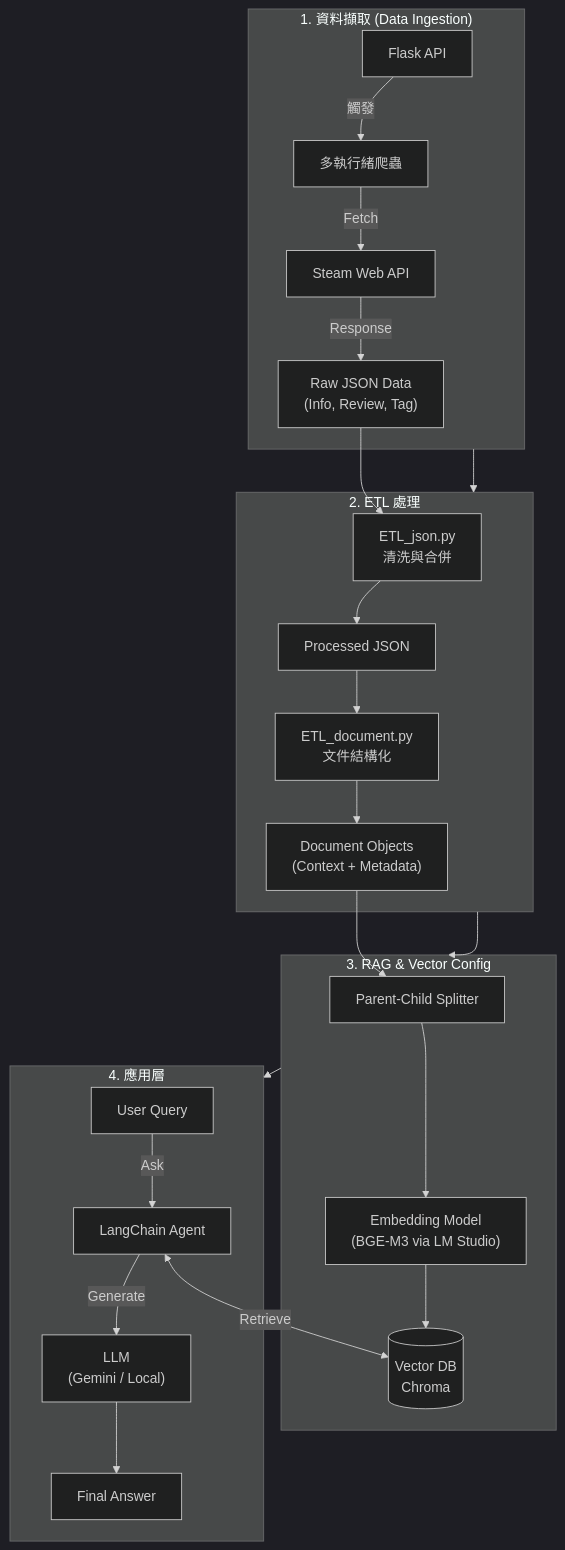
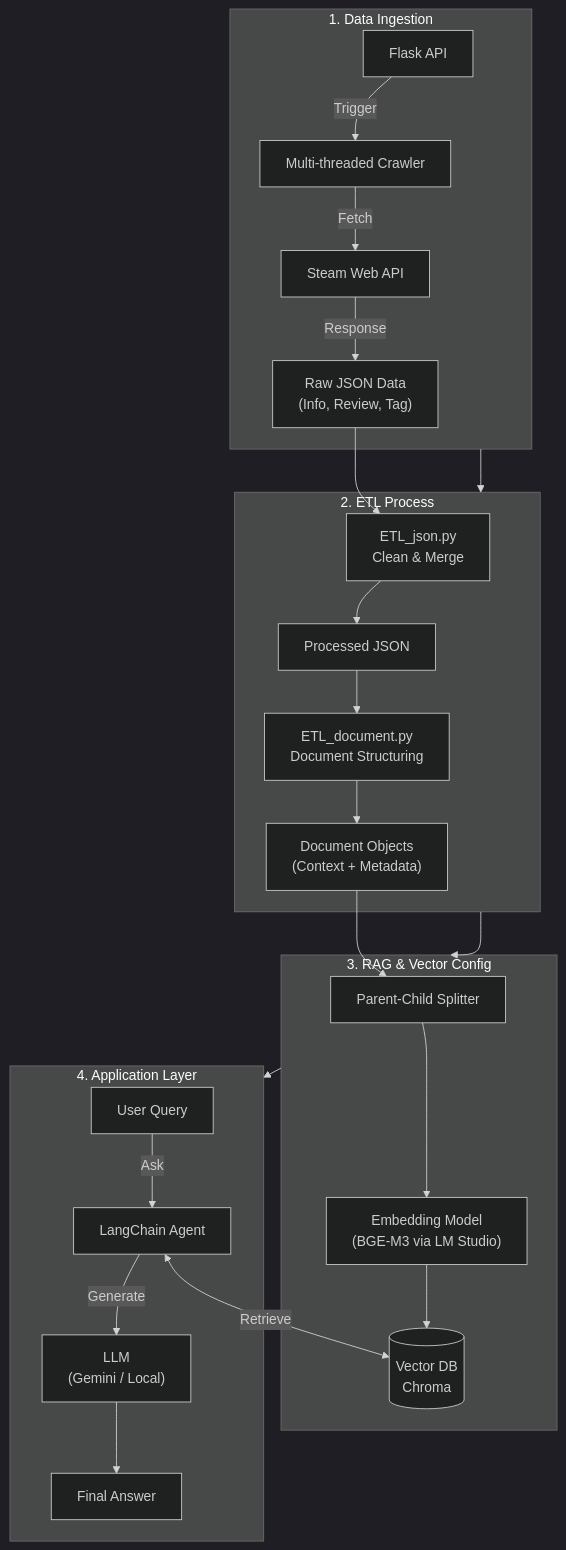
One commit to refinism-B/Steam-Games-Database-with-RAG changed the diagram in README.md. Above: the diagram before and after it, drawn with Mermaid (dark theme).

Commit message:
<modify>：優化README的示意圖

````diff
--- a/README.md
+++ b/README.md
@@ -31,32 +31,32 @@
 ```mermaid
 graph TD
-    subgraph Data_Ingestion ["1. 資料擷取 (Data Ingestion)"]
-        API[Flask API] -->|觸發| Crawler[多執行緒爬蟲]
+    subgraph Data_Ingestion ["1. Data Ingestion"]
+        API[Flask API] -->|Trigger| Crawler[Multi-threaded Crawler]
         Crawler -->|Fetch| SteamAPI[Steam Web API]
         SteamAPI -->|Response| RawData["Raw JSON Data<br/>(Info, Review, Tag)"]
     end
 
-    subgraph ETL_Process [2. ETL 處理]
-        RawData --> Clean[ETL_json.py<br/>清洗與合併]
+    subgraph ETL_Process [2. ETL Process]
+        RawData --> Clean[ETL_json.py<br/>Clean & Merge]
         Clean --> ProcessedJSON[Processed JSON]
-        ProcessedJSON --> Struct[ETL_document.py<br/>文件結構化]
+        ProcessedJSON --> Struct[ETL_document.py<br/>Document Structuring]
         Struct --> Docs["Document Objects<br/>(Context + Metadata)"]
     end
 
     subgraph RAG_System [3. RAG & Vector Config]
         Docs --> Split[Parent-Child Splitter]
         Split --> Embed["Embedding Model<br/>(BGE-M3 via LM Studio)"]
         Embed --> VectorDB[(Vector DB<br/>Chroma)]
     end
 
-    subgraph Application [4. 應用層]
+    subgraph Application [4. Application Layer]
         Query[User Query] -->|Ask| Agent[LangChain Agent]
         Agent <-->|Retrieve| VectorDB
         Agent -->|Generate| LLM["LLM<br/>(Gemini / Local)"]
         LLM --> Answer[Final Answer]
     end
 
     Data_Ingestion --> ETL_Process
     ETL_Process --> RAG_System
     RAG_System --> Application
 ```
````
